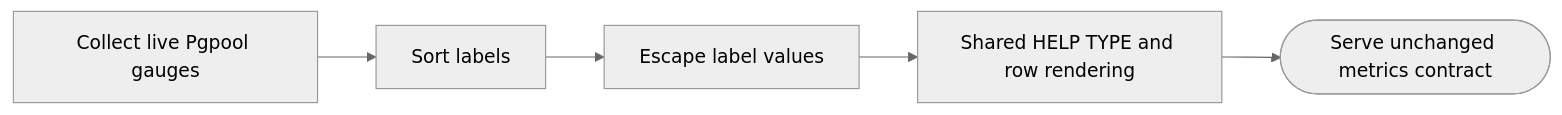
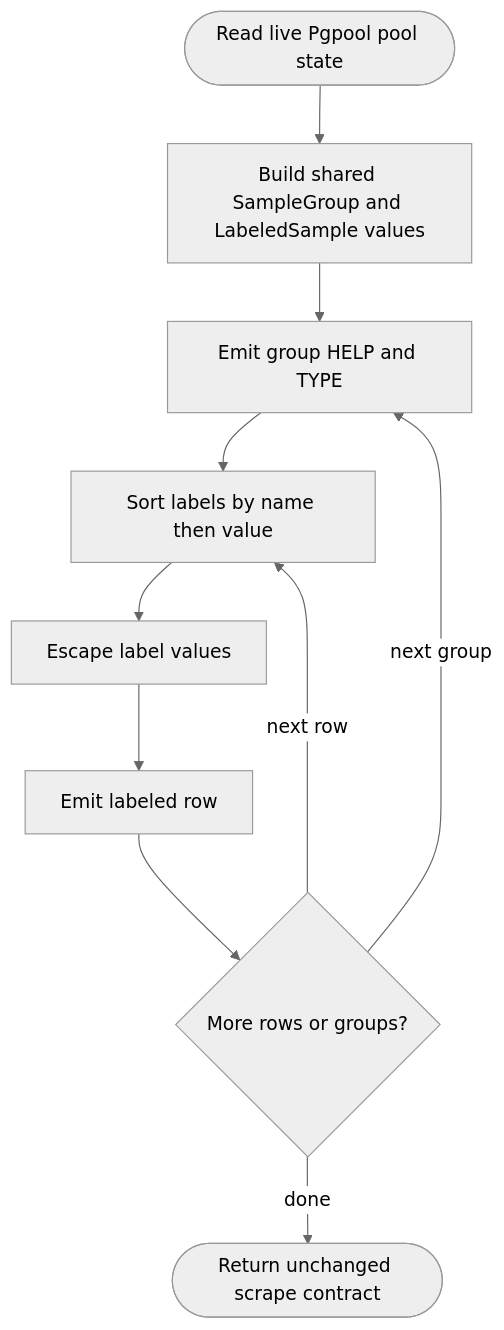
Before and after one commit to chrischeng-c4/axiom: the first of 2 diagrams in apps/pgpool/tech-design/logic/adopt-shared-labeled-prometheus-metrics-encoder.md, drawn with Mermaid (neutral theme). The commit also changed other lines of this file, not shown here.

Commit message:
td(1765) — contract section: logic
Lifecycle-Slug: 1765
Work-Item: 1765
Lifecycle-Stage: Td-Section
Lifecycle-Phase: td_contract_in_progress
Lifecycle-Pass: contract
TD-Section: logic
Previous-Phase: td_applicability_created
Next-Phase: td_contract_in_progress
Next-Command: aw td create

````diff
--- a/apps/pgpool/tech-design/logic/adopt-shared-labeled-prometheus-metrics-encoder.md
+++ b/apps/pgpool/tech-design/logic/adopt-shared-labeled-prometheus-metrics-encoder.md
@@ -10,32 +10,51 @@
 ```mermaid
 ---
 id: pgpool-shared-labeled-prometheus-flow
 entry: collect
 nodes:
   collect:
     kind: start
-    label: Pgpool collects live per-pool gauge values as shared labeled samples
-  normalize:
+    label: Pgpool reads live ConnectionBudget and BackendPool stats in configured pool order
+  adapt:
     kind: process
-    label: metrics-prometheus sorts every sample label set by label name
-  escape:
+    label: Build three SampleGroup values; each LabeledSample owns Label entries and the live u64 value
+  group_loop:
+    kind: process
+    label: metrics-prometheus writes HELP and TYPE once for each group in caller order
+  sort_labels:
+    kind: process
+    label: For each row, sort label references by name then value without mutating caller data
+  escape_labels:
     kind: process
     label: Escape backslash, double quote, and newline in every label value
-  render:
+  render_row:
     kind: process
-    label: Emit HELP and TYPE once per supplied sample group, followed by deterministic labeled rows
+    label: Write metric name, canonical brace-delimited labels, and value; preserve sample order
+  more_rows:
+    kind: decision
+    label: More samples or groups remain
   response:
     kind: terminal
-    label: Pgpool serves the byte-compatible Prometheus 0.0.4 response
+    label: Return deterministic Prometheus 0.0.4 bytes with the existing Pgpool metric contract
 edges:
-  - { from: collect, to: normalize }
-  - { from: normalize, to: escape }
-  - { from: escape, to: render }
-  - { from: render, to: response }
+  - { from: collect, to: adapt }
+  - { from: adapt, to: group_loop }
+  - { from: group_loop, to: sort_labels }
+  - { from: sort_labels, to: escape_labels }
+  - { from: escape_labels, to: render_row }
+  - { from: render_row, to: more_rows }
+  - { from: more_rows, to: sort_labels, label: next sample }
+  - { from: more_rows, to: group_loop, label: next group }
+  - { from: more_rows, to: response, label: complete }
 ---
-flowchart LR
-  collect[Collect live Pgpool gauges] --> normalize[Sort labels]
-  normalize --> escape[Escape label values]
-  escape --> render[Shared HELP TYPE and row rendering]
-  render --> response([Serve unchanged metrics contract])
+flowchart TD
+  collect([Read live Pgpool pool state]) --> adapt[Build shared SampleGroup and LabeledSample values]
+  adapt --> group_loop[Emit group HELP and TYPE]
+  group_loop --> sort_labels[Sort labels by name then value]
+  sort_labels --> escape_labels[Escape label values]
+  escape_labels --> render_row[Emit labeled row]
+  render_row --> more_rows{More rows or groups?}
+  more_rows -->|next row| sort_labels
+  more_rows -->|next group| group_loop
+  more_rows -->|done| response([Return unchanged scrape contract])
 ```
````
